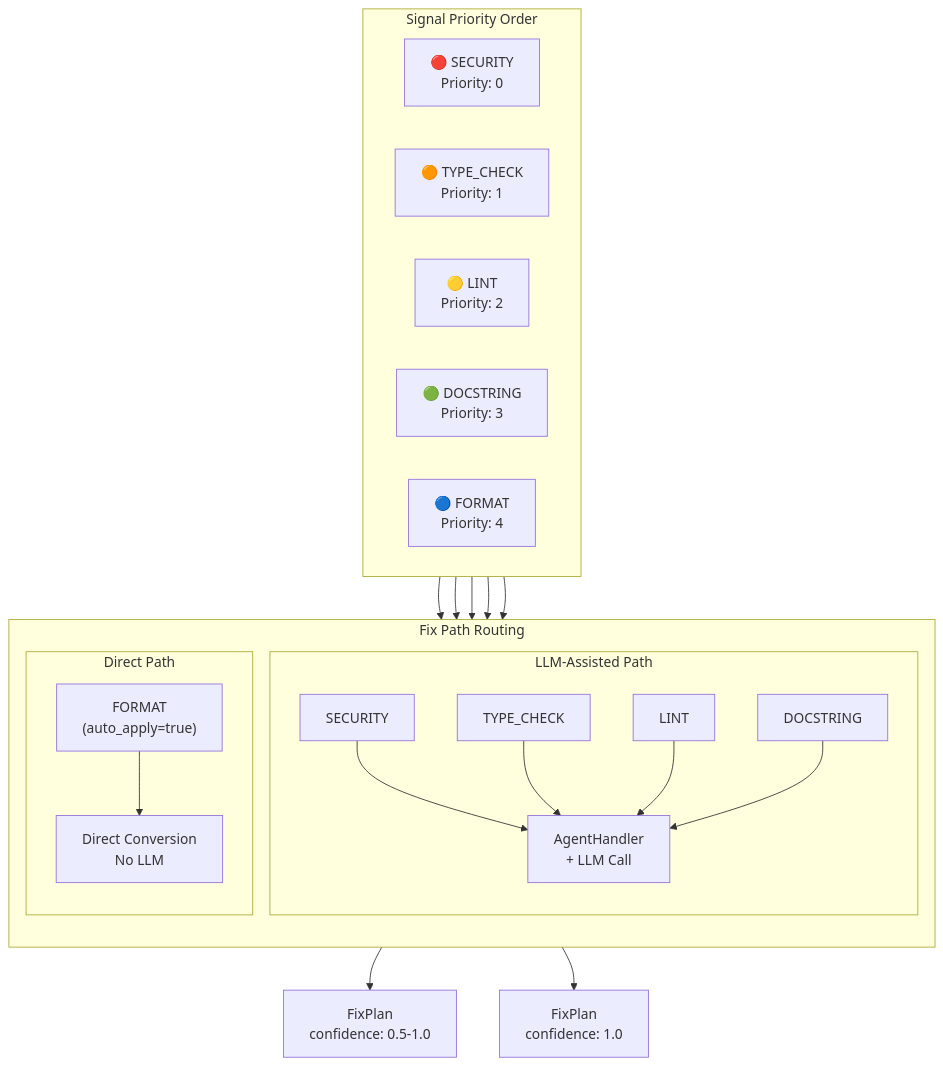
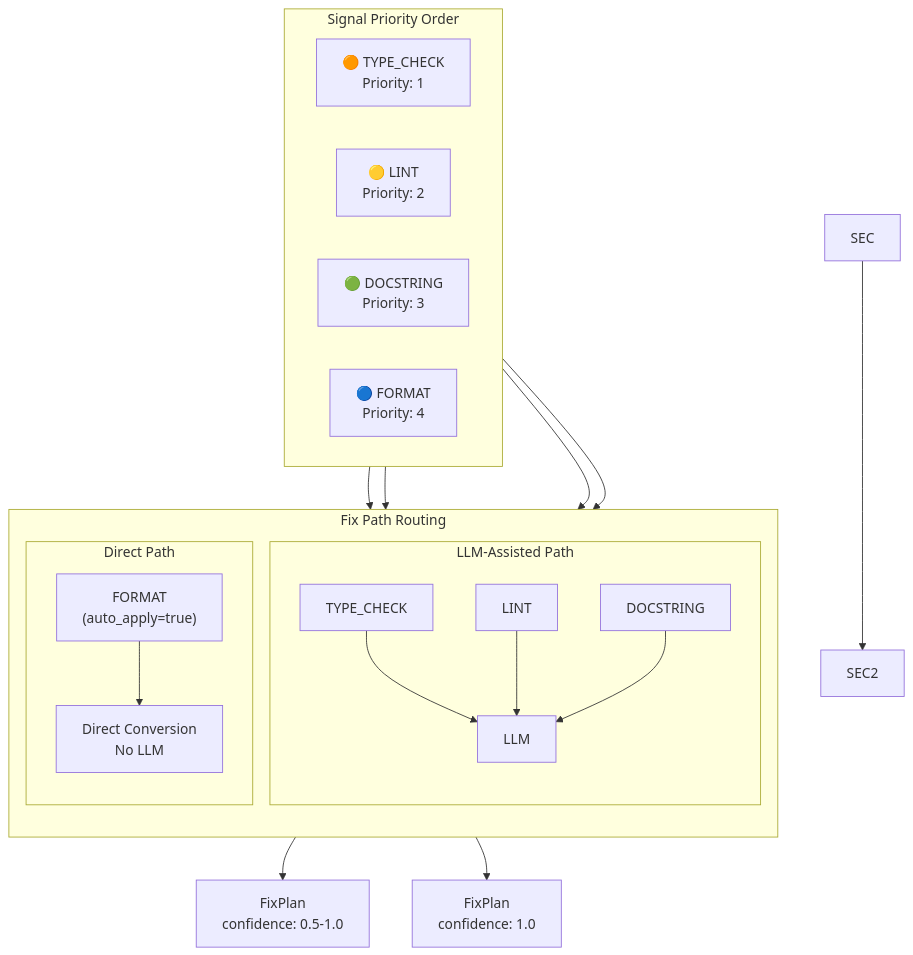
The fourth of 7 diagrams in docs/module-architecture-diagram.md (davidjmoloney/cicd-ai-assistant), drawn with Mermaid before and after one commit. The commit also changed other lines of this file and 31 other files, not shown here.

````diff
--- a/docs/module-architecture-diagram.md
+++ b/docs/module-architecture-diagram.md
@@ -238,35 +236,33 @@
 ```mermaid
 flowchart TD
     subgraph Priority["Signal Priority Order"]
         direction LR
-        SEC["🔴 SECURITY<br/>Priority: 0"]
         TYPE["🟠 TYPE_CHECK<br/>Priority: 1"]
         LINT["🟡 LINT<br/>Priority: 2"]
         DOC["🟢 DOCSTRING<br/>Priority: 3"]
         FMT["🔵 FORMAT<br/>Priority: 4"]
     end
 
     subgraph Routing["Fix Path Routing"]
         direction TB
 
         subgraph LLMPath["LLM-Assisted Path"]
-            SEC2["SECURITY"] --> LLM["AgentHandler<br/>+ LLM Call"]
             TYPE2["TYPE_CHECK"] --> LLM
             LINT2["LINT"] --> LLM
             DOC2["DOCSTRING"] --> LLM
         end
 
         subgraph DirectPath["Direct Path"]
             FMT2["FORMAT<br/>(auto_apply=true)"] --> Direct["Direct Conversion<br/>No LLM"]
         end
     end
 
     SEC --> SEC2
     TYPE --> TYPE2
     LINT --> LINT2
     DOC --> DOC2
     FMT --> FMT2
 
     LLM --> FixPlan1["FixPlan<br/>confidence: 0.5-1.0"]
     Direct --> FixPlan2["FixPlan<br/>confidence: 1.0"]
 ```
````
